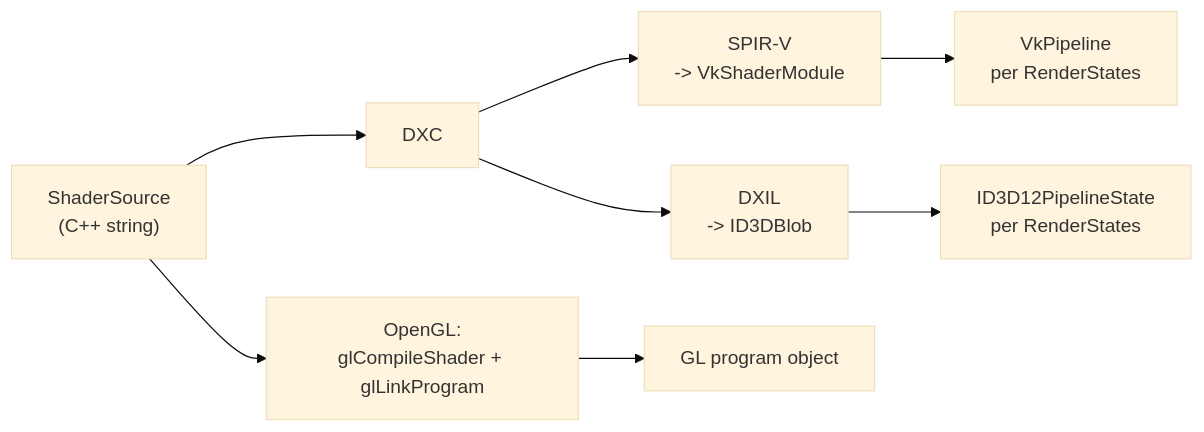
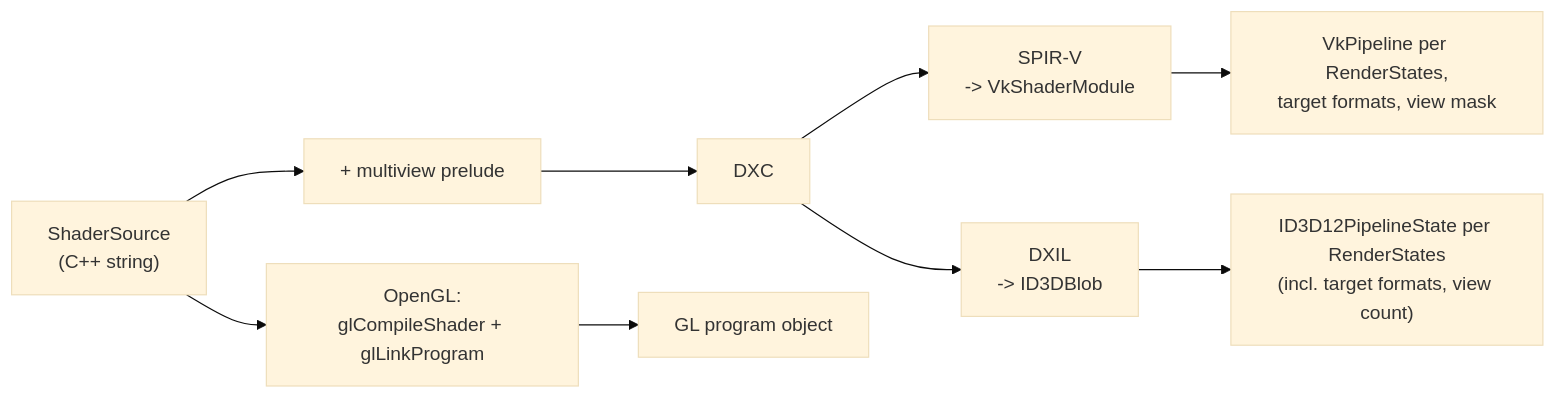
The diagram in rendertools/documentation/08-shaders.md (DietfridMali/CustomLibs), drawn with Mermaid (base theme) before and after one commit. The commit also changed other lines of this file and 10 other files, not shown here.

````diff
--- a/rendertools/documentation/08-shaders.md
+++ b/rendertools/documentation/08-shaders.md
@@ -135,10 +196,11 @@
 ```mermaid
 graph LR
     SRC["ShaderSource<br/>(C++ string)"] --> GL["OpenGL:<br/>glCompileShader + glLinkProgram"]
-    SRC --> DXC["DXC"]
+    SRC --> PRE["+ multiview prelude"]
+    PRE --> DXC["DXC"]
     DXC --> SPV["SPIR-V<br/>-> VkShaderModule"]
     DXC --> DXIL["DXIL<br/>-> ID3DBlob"]
-    SPV --> VP["VkPipeline<br/>per RenderStates"]
-    DXIL --> PSO["ID3D12PipelineState<br/>per RenderStates"]
+    SPV --> VP["VkPipeline per RenderStates,<br/>target formats, view mask"]
+    DXIL --> PSO["ID3D12PipelineState per RenderStates<br/>(incl. target formats, view count)"]
     GL --> PRG["GL program object"]
 ```
````
